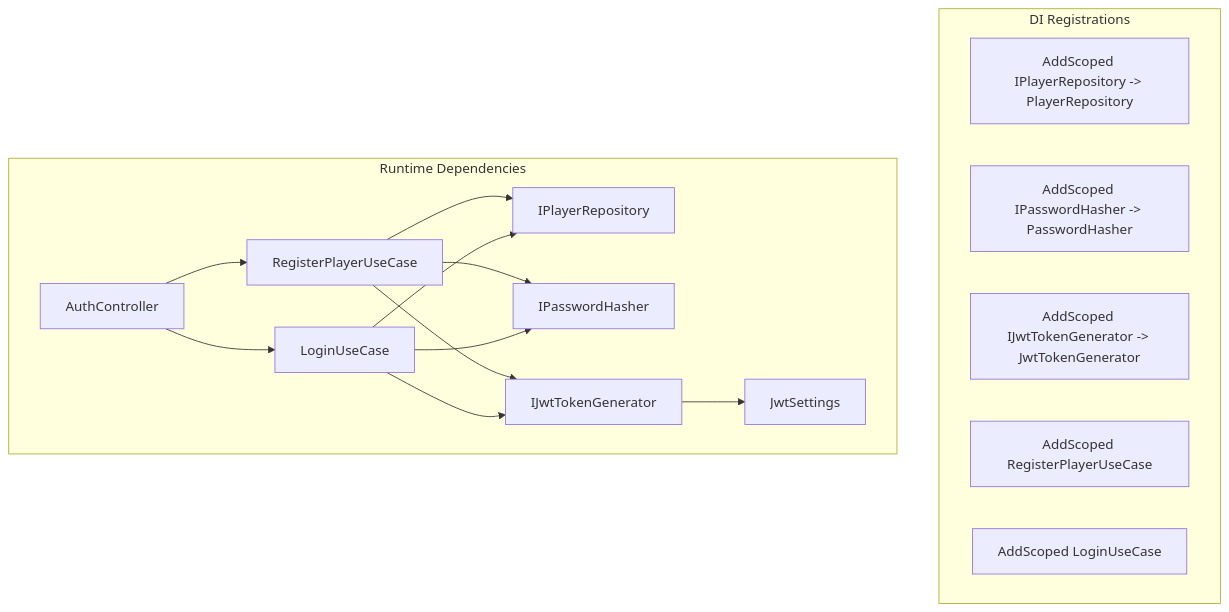
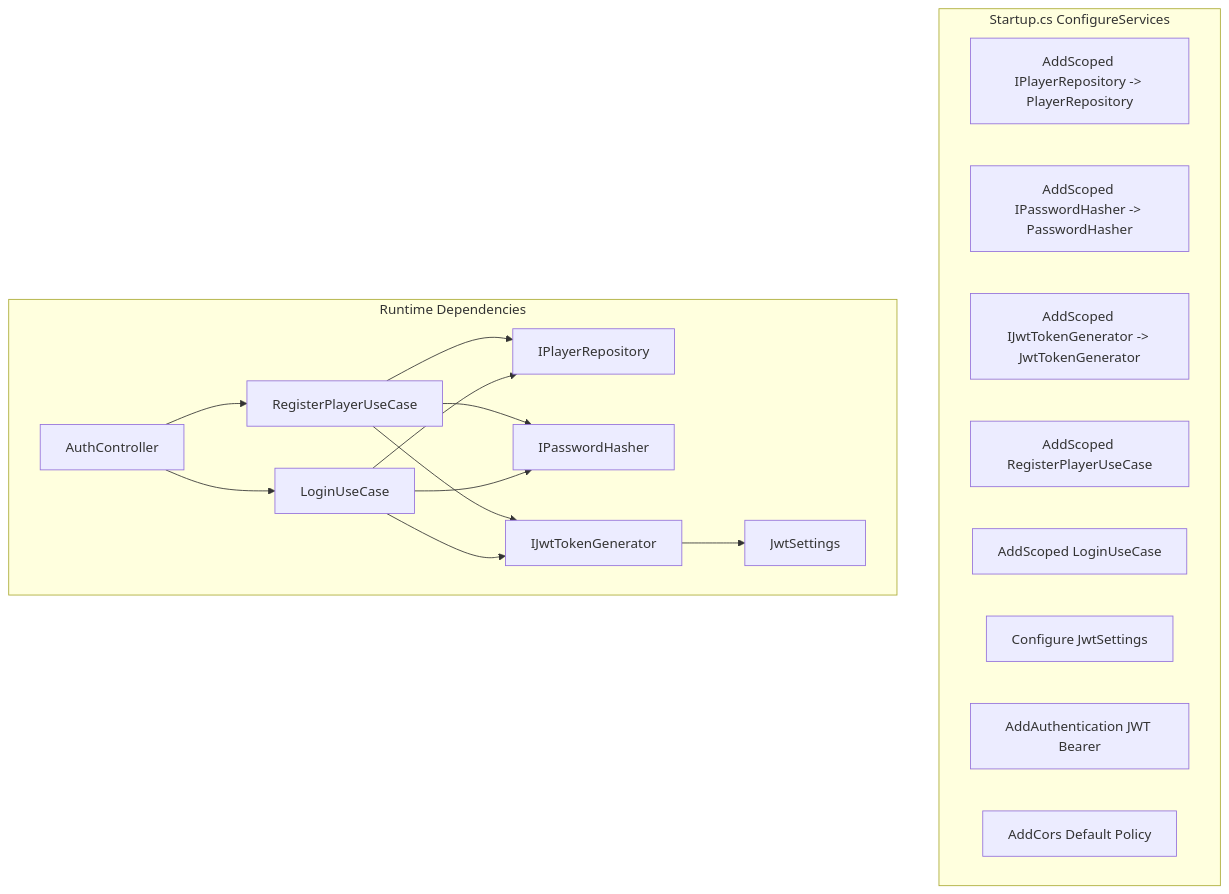
Before and after one commit to MuhammadFaizanQamar/game-backend-service: the ninth of 9 diagrams in .qoder/repowiki/en/content/Security Implementation/Authentication Middleware & Configuration.md, drawn with Mermaid. The commit also changed other lines of this file and 62 other files, not shown here.

````diff
--- a/.qoder/repowiki/en/content/Security Implementation/Authentication Middleware & Configuration.md
+++ b/.qoder/repowiki/en/content/Security Implementation/Authentication Middleware & Configuration.md
@@ -347,21 +374,24 @@
 ```mermaid
 graph TB
-subgraph "DI Registrations"
+subgraph "Startup.cs ConfigureServices"
 R1["AddScoped IPlayerRepository -> PlayerRepository"]
 R2["AddScoped IPasswordHasher -> PasswordHasher"]
 R3["AddScoped IJwtTokenGenerator -> JwtTokenGenerator"]
 R4["AddScoped RegisterPlayerUseCase"]
 R5["AddScoped LoginUseCase"]
+R6["Configure JwtSettings"]
+R7["AddAuthentication JWT Bearer"]
+R8["AddCors Default Policy"]
 end
 subgraph "Runtime Dependencies"
 C["AuthController"] --> RU["RegisterPlayerUseCase"]
 C --> LU["LoginUseCase"]
 RU --> IPR["IPlayerRepository"]
 LU --> IPR
 RU --> PH["IPasswordHasher"]
 LU --> PH
 RU --> JTG["IJwtTokenGenerator"]
 LU --> JTG
 JTG --> JS["JwtSettings"]
 end
 ```
````
